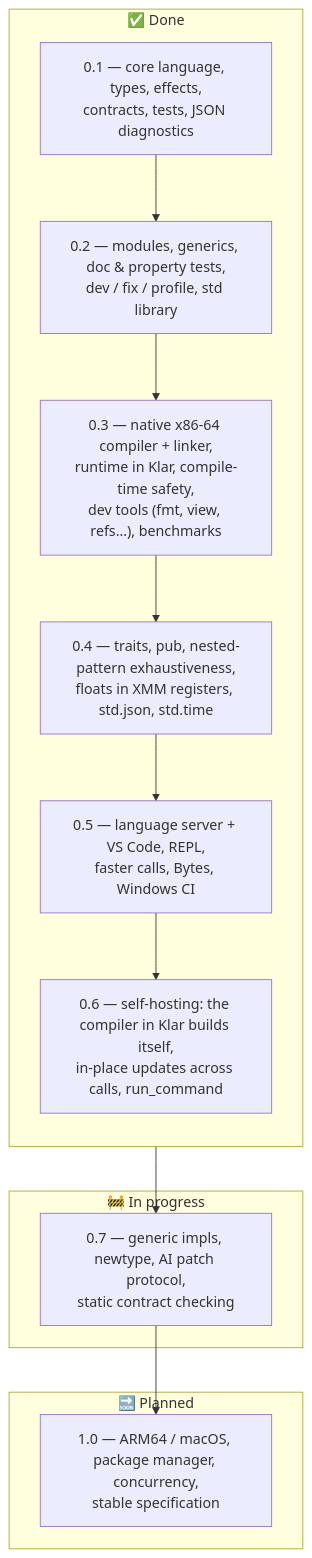
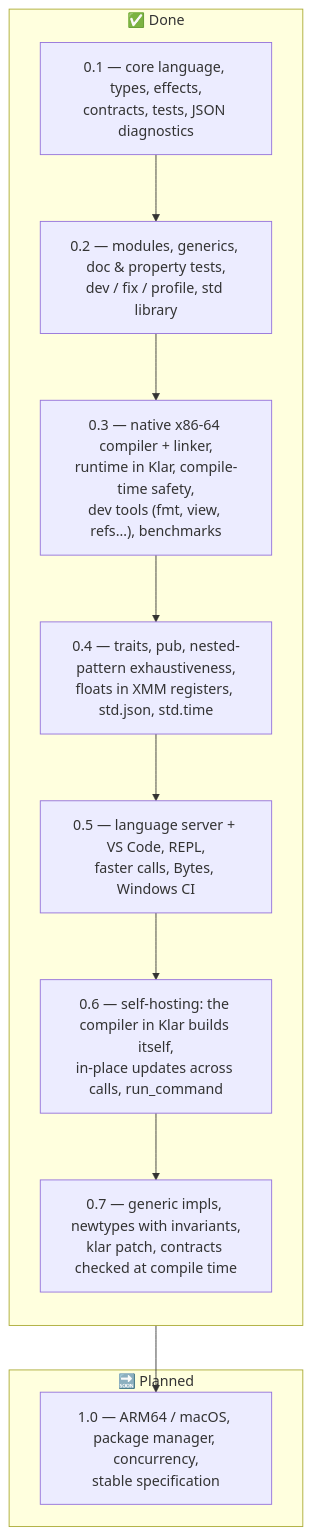
The second of 2 diagrams in README.md (veosett/Klar), drawn with Mermaid before and after one commit. The commit also changed other lines of this file and 8 other files, not shown here.

````diff
--- a/README.md
+++ b/README.md
@@ -158,20 +158,18 @@
 ```mermaid
 flowchart TB
     subgraph done["✅ Done"]
         direction TB
         v01["0.1 — core language, types, effects,<br/>contracts, tests, JSON diagnostics"]
         v02["0.2 — modules, generics, doc &amp; property tests,<br/>dev / fix / profile, std library"]
         v03["0.3 — native x86-64 compiler + linker,<br/>runtime in Klar, compile-time safety,<br/>dev tools (fmt, view, refs…), benchmarks"]
         v04["0.4 — traits, pub, nested-pattern exhaustiveness,<br/>floats in XMM registers, std.json, std.time"]
         v05["0.5 — language server + VS Code, REPL,<br/>faster calls, Bytes, Windows CI"]
         v06["0.6 — self-hosting: the compiler in Klar builds itself,<br/>in-place updates across calls, run_command"]
-        v01 --> v02 --> v03 --> v04 --> v05 --> v06
-    end
-    subgraph now["🚧 In progress"]
-        v07["0.7 — generic impls, newtype, AI patch protocol,<br/>static contract checking"]
+        v07["0.7 — generic impls, newtypes with invariants,<br/>klar patch, contracts checked at compile time"]
+        v01 --> v02 --> v03 --> v04 --> v05 --> v06 --> v07
     end
     subgraph next["🔜 Planned"]
         v10["1.0 — ARM64 / macOS, package manager, concurrency,<br/>stable specification"]
     end
-    v06 --> v07 --> v10
+    v07 --> v10
 ```
````
